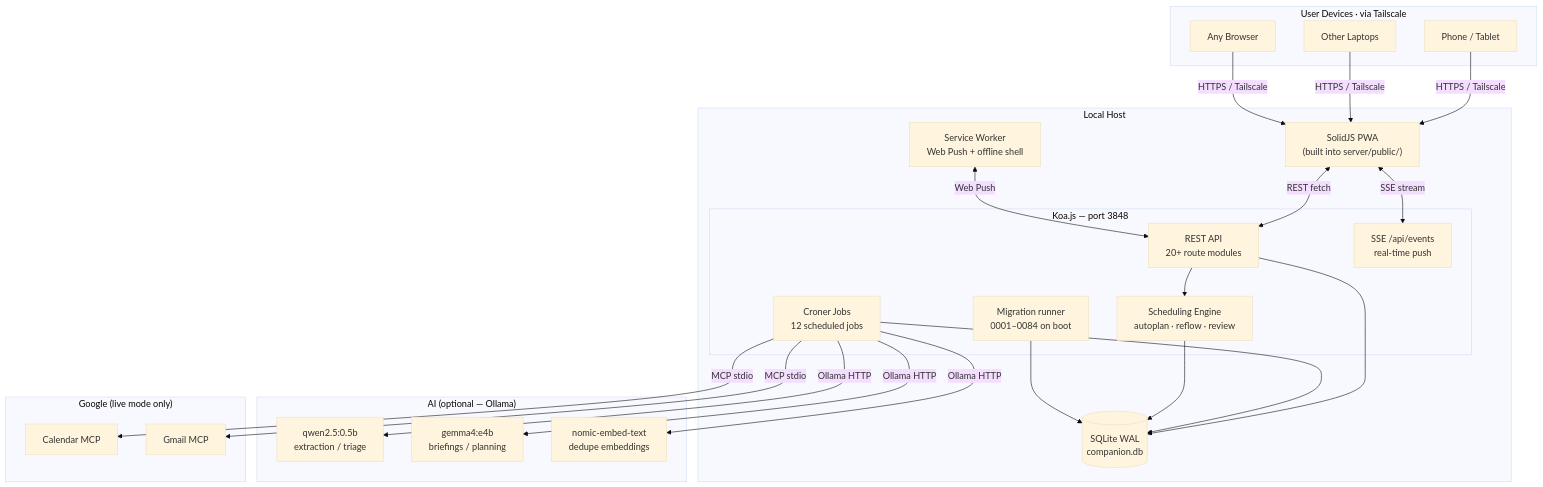
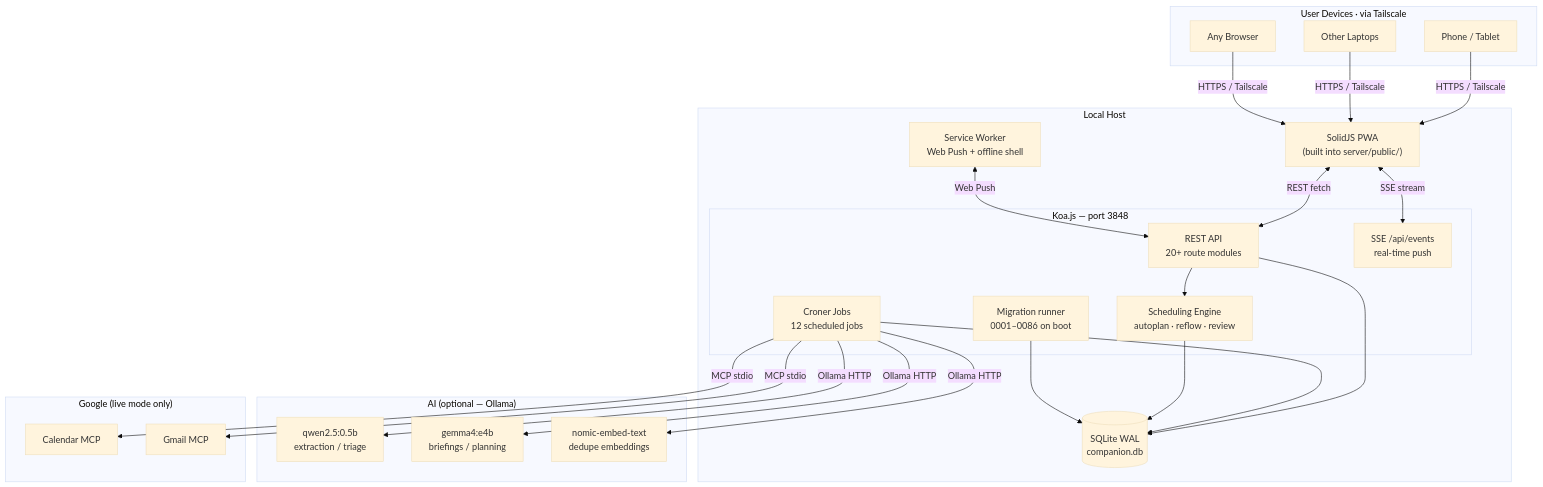
Before and after one commit to companionintelligence/CI-Planning: the first of 6 diagrams in ARCHITECTURE.md, drawn with Mermaid (base theme). The commit also changed other lines of this file and 6 other files, not shown here.

````diff
--- a/ARCHITECTURE.md
+++ b/ARCHITECTURE.md
@@ -38,49 +38,49 @@
 ```mermaid
 graph TB
     subgraph Devices["User Devices · via Tailscale"]
         Phone["Phone / Tablet"]
         Laptop["Other Laptops"]
         Browser["Any Browser"]
     end
 
     subgraph Host["Local Host"]
         subgraph Koa["Koa.js — port 3848"]
             API["REST API<br/>20+ route modules"]
             SSE["SSE /api/events<br/>real-time push"]
             Engine["Scheduling Engine<br/>autoplan · reflow · review"]
             Cron["Croner Jobs<br/>12 scheduled jobs"]
-            Migrate["Migration runner<br/>0001–0084 on boot"]
+            Migrate["Migration runner<br/>0001–0086 on boot"]
         end
         FE["SolidJS PWA<br/>(built into server/public/)"]
         SW["Service Worker<br/>Web Push + offline shell"]
         DB[("SQLite WAL<br/>companion.db")]
     end
 
     subgraph AI["AI (optional — Ollama)"]
         Small["qwen2.5:0.5b<br/>extraction / triage"]
         Medium["gemma4:e4b<br/>briefings / planning"]
         Embed["nomic-embed-text<br/>dedupe embeddings"]
     end
 
     subgraph Google["Google (live mode only)"]
         GCal["Calendar MCP"]
         Gmail["Gmail MCP"]
     end
 
     Phone -->|HTTPS / Tailscale| FE
     Laptop -->|HTTPS / Tailscale| FE
     Browser -->|HTTPS / Tailscale| FE
     FE <-->|REST fetch| API
     FE <-->|SSE stream| SSE
     SW <-->|Web Push| API
     API --> Engine
     API --> DB
     Cron --> DB
     Cron -->|Ollama HTTP| Small
     Cron -->|Ollama HTTP| Medium
     Cron -->|Ollama HTTP| Embed
     Cron -->|MCP stdio| GCal
     Cron -->|MCP stdio| Gmail
     Engine --> DB
     Migrate --> DB
 ```
````
